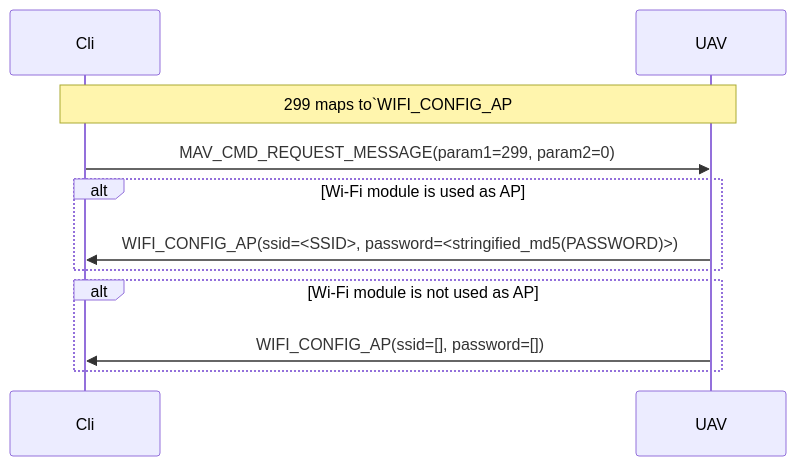
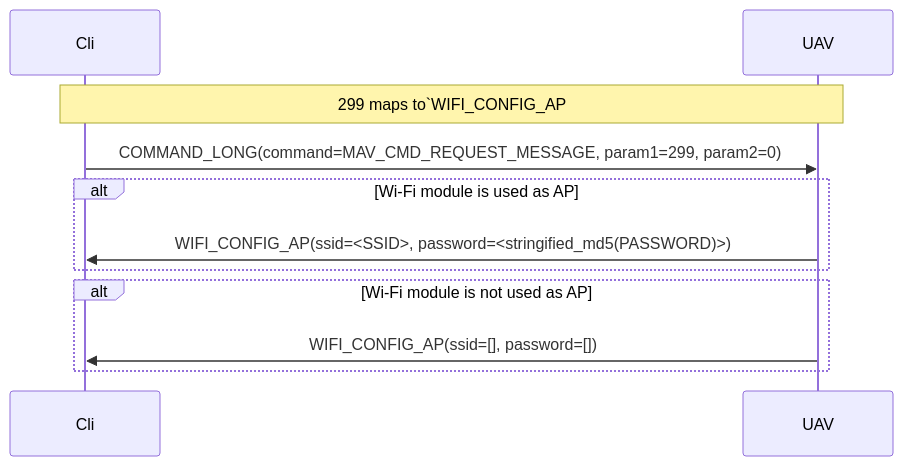
The fifth of 6 diagrams in pioneer_sdk/mavsub/README.md (geoscan/pioneer_sdk), drawn with Mermaid before and after one commit. The commit also changed other lines of this file, not shown here.

Commit message:
[mavsub:README] Build | Updated the doc. Clarified the use of MAV_CMD_REQUEST_MESSAGE

````diff
--- a/pioneer_sdk/mavsub/README.md
+++ b/pioneer_sdk/mavsub/README.md
@@ -152,16 +152,16 @@
 ```mermaid
 sequenceDiagram
 	participant Cli
 	participant UAV
 
 	note over Cli, UAV: 299 maps to`WIFI_CONFIG_AP
-	Cli ->> UAV: MAV_CMD_REQUEST_MESSAGE(param1=299, param2=0)
+	Cli ->> UAV: COMMAND_LONG(command=MAV_CMD_REQUEST_MESSAGE, param1=299, param2=0)
 
 	alt Wi-Fi module is used as AP
 		UAV ->> Cli: WIFI_CONFIG_AP(ssid=<SSID>, password=<stringified_md5(PASSWORD)>)
 	end
 
 	alt Wi-Fi module is not used as AP
 		UAV ->> Cli: WIFI_CONFIG_AP(ssid=[], password=[])
 	end
 ```
````
